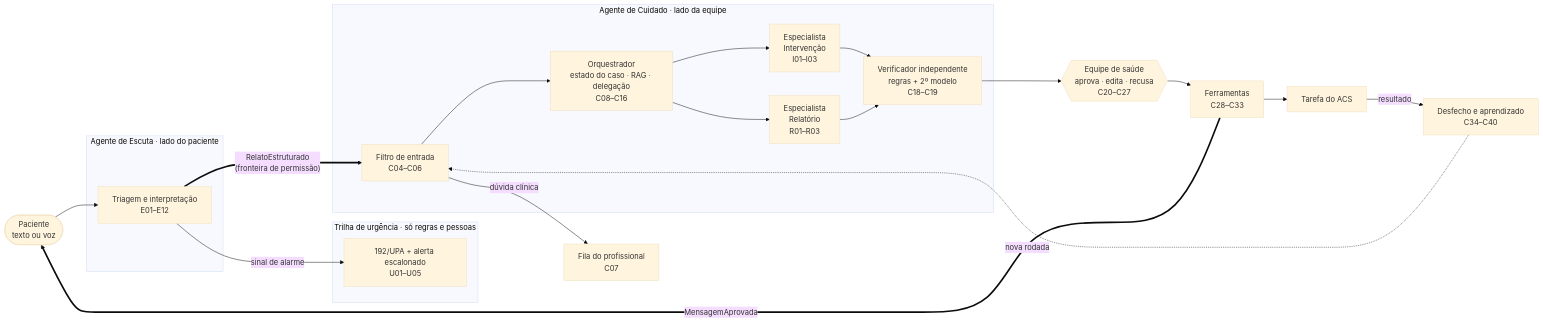
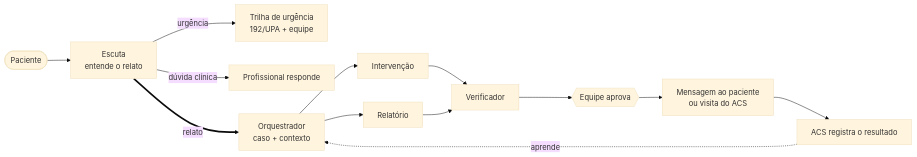
The diagram in README.md (Mangue-Bit/pulse-ai), drawn with Mermaid (base theme) before and after one commit. The commit also changed other lines of this file, not shown here.

````diff
--- a/README.md
+++ b/README.md
@@ -126,31 +15,15 @@
 ```mermaid
 flowchart LR
-    P([Paciente<br/>texto ou voz]) --> ESC
-
-    subgraph ESCUTA["Agente de Escuta · lado do paciente"]
-        ESC["Triagem e interpretação<br/>E01–E12"]
-    end
-
-    ESC -- "sinal de alarme" --> URG
-    subgraph URGENCIA["Trilha de urgência · só regras e pessoas"]
-        URG["192/UPA + alerta escalonado<br/>U01–U05"]
-    end
-
-    ESC == "RelatoEstruturado<br/>(fronteira de permissão)" ==> FILTRO
-
-    subgraph CUIDADO["Agente de Cuidado · lado da equipe"]
-        FILTRO["Filtro de entrada<br/>C04–C06"] --> ORQ["Orquestrador<br/>estado do caso · RAG · delegação<br/>C08–C16"]
-        ORQ --> INT["Especialista<br/>Intervenção<br/>I01–I03"]
-        ORQ --> REL["Especialista<br/>Relatório<br/>R01–R03"]
-        INT --> VER["Verificador independente<br/>regras + 2º modelo<br/>C18–C19"]
-        REL --> VER
-    end
-
-    FILTRO -- "dúvida clínica" --> PROF["Fila do profissional<br/>C07"]
-    VER --> EQ{{"Equipe de saúde<br/>aprova · edita · recusa<br/>C20–C27"}}
-    EQ --> FER["Ferramentas<br/>C28–C33"]
-    FER == "MensagemAprovada" ==> P
-    FER --> ACS["Tarefa do ACS"]
-    ACS -- "resultado" --> DES["Desfecho e aprendizado<br/>C34–C40"]
-    DES -. "nova rodada" .-> FILTRO
+    P([Paciente]) --> ESC["Escuta<br/>entende o relato"]
+    ESC -- urgência --> URG["Trilha de urgência<br/>192/UPA + equipe"]
+    ESC -- dúvida clínica --> PROF["Profissional responde"]
+    ESC == relato ==> ORQ["Orquestrador<br/>caso + contexto"]
+    ORQ --> INT["Intervenção"]
+    ORQ --> REL["Relatório"]
+    INT --> VER["Verificador"]
+    REL --> VER
+    VER --> EQ{{"Equipe aprova"}}
+    EQ --> AC["Mensagem ao paciente<br/>ou visita do ACS"]
+    AC --> RES["ACS registra o resultado"]
+    RES -. aprende .-> ORQ
 ```
````
